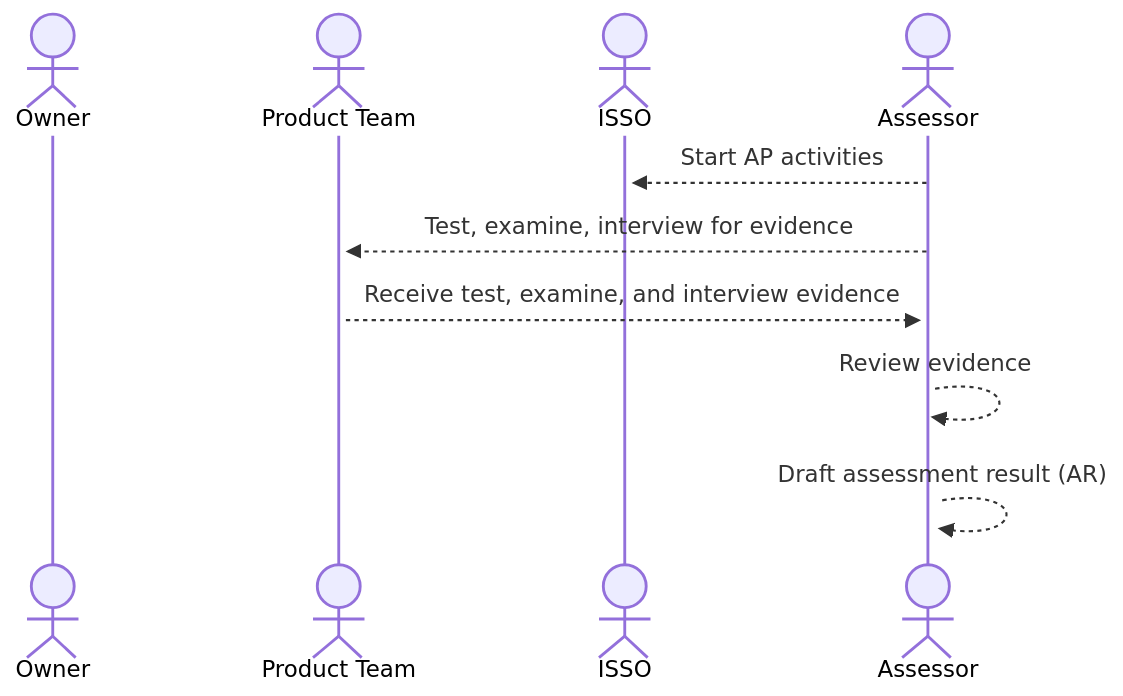
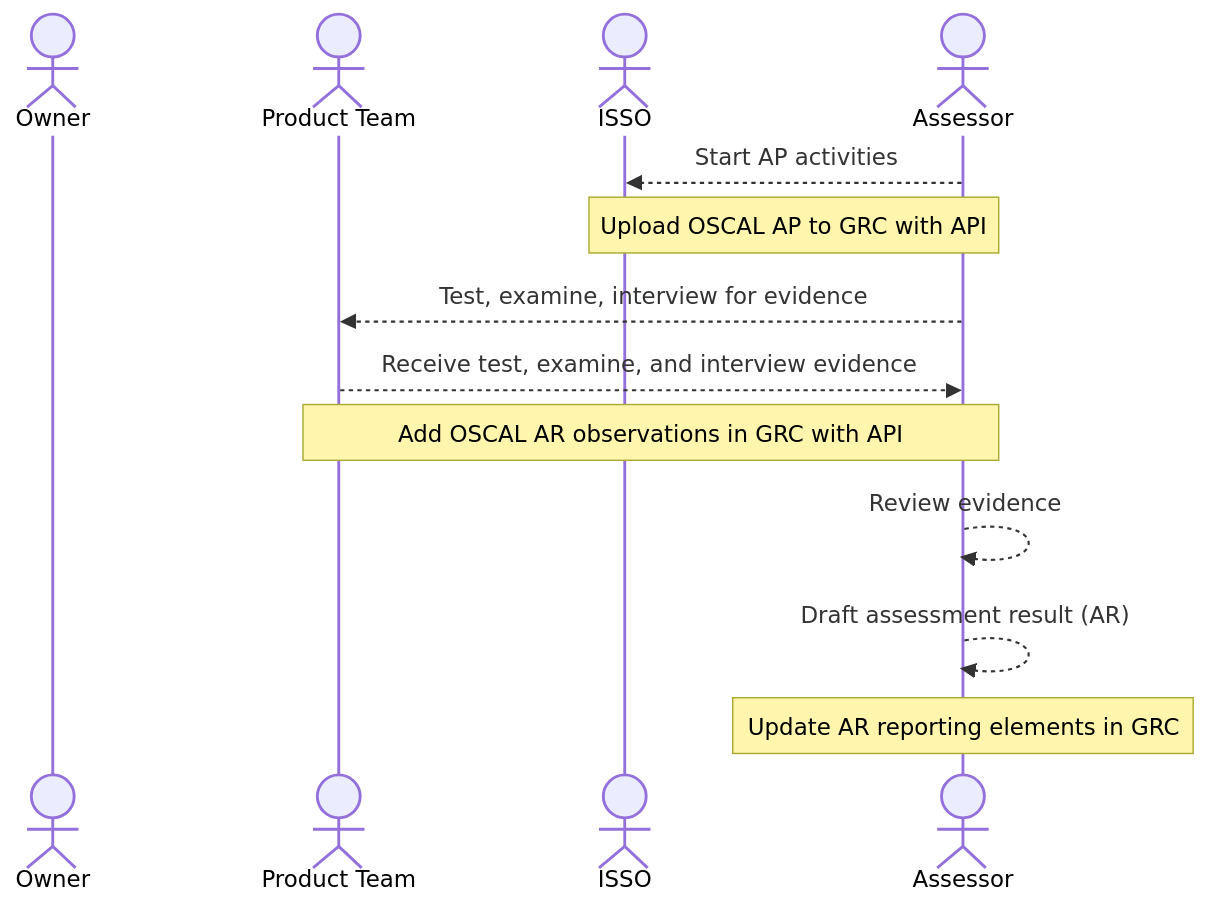
Before and after one commit to aj-stein-nist/oscal-2023-workshop: the diagram in docs/support/rmf5.2_assess_results.mermaid, drawn with Mermaid. The commit also changed 8 other files, not shown here.

Commit message:
Many slide and diagram updates from Nikita.

```diff
--- a/docs/support/rmf5.2_assess_results.mermaid
+++ b/docs/support/rmf5.2_assess_results.mermaid
@@ -1,10 +1,13 @@
 sequenceDiagram
     actor Owner
     actor Product Team
     actor ISSO
     actor Assessor
-    Assessor-->>+ISSO: Start AP activities
-    Assessor-->>+Product Team: Test, examine, interview for evidence
-    Product Team-->>+Assessor: Receive test, examine, and interview evidence
-    Assessor-->>+Assessor: Review evidence
-    Assessor-->>+Assessor: Draft assessment result (AR)
+    Assessor-->>ISSO: Start AP activities
+    Note over Assessor,ISSO: Upload OSCAL AP to GRC with API
+    Assessor-->>Product Team: Test, examine, interview for evidence
+    Product Team-->>Assessor: Receive test, examine, and interview evidence
+    Note over Product Team, Assessor: Add OSCAL AR observations in GRC with API
+    Assessor-->>Assessor: Review evidence
+    Assessor-->>Assessor: Draft assessment result (AR)
+    Note over Assessor: Update AR reporting elements in GRC
```
